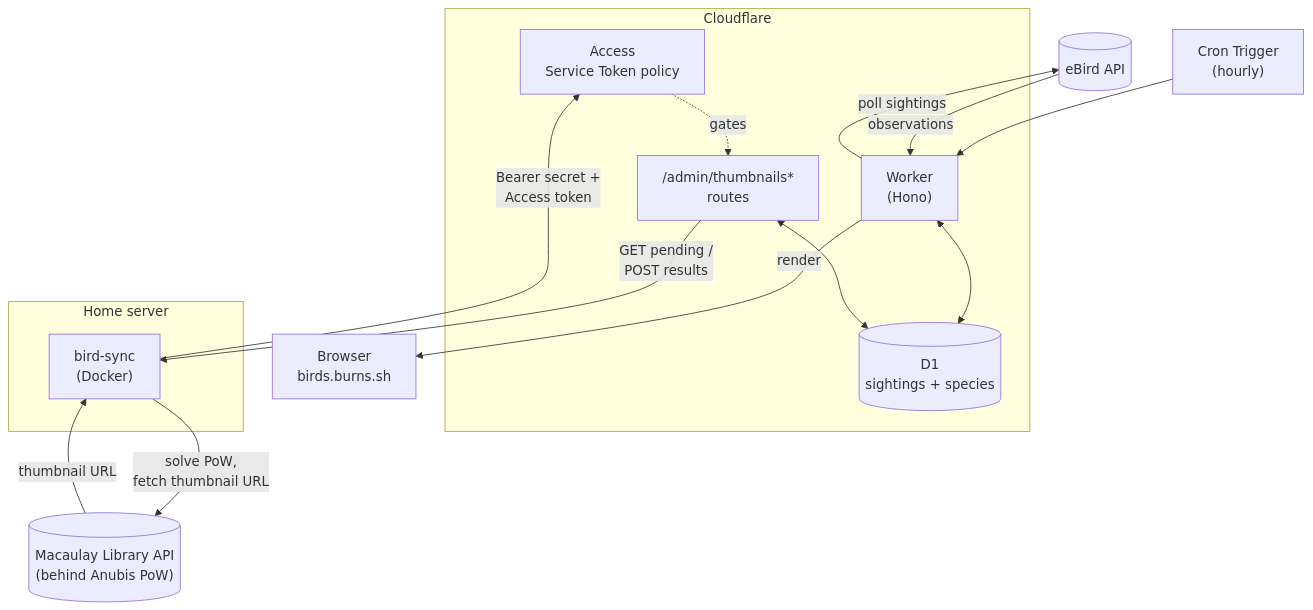
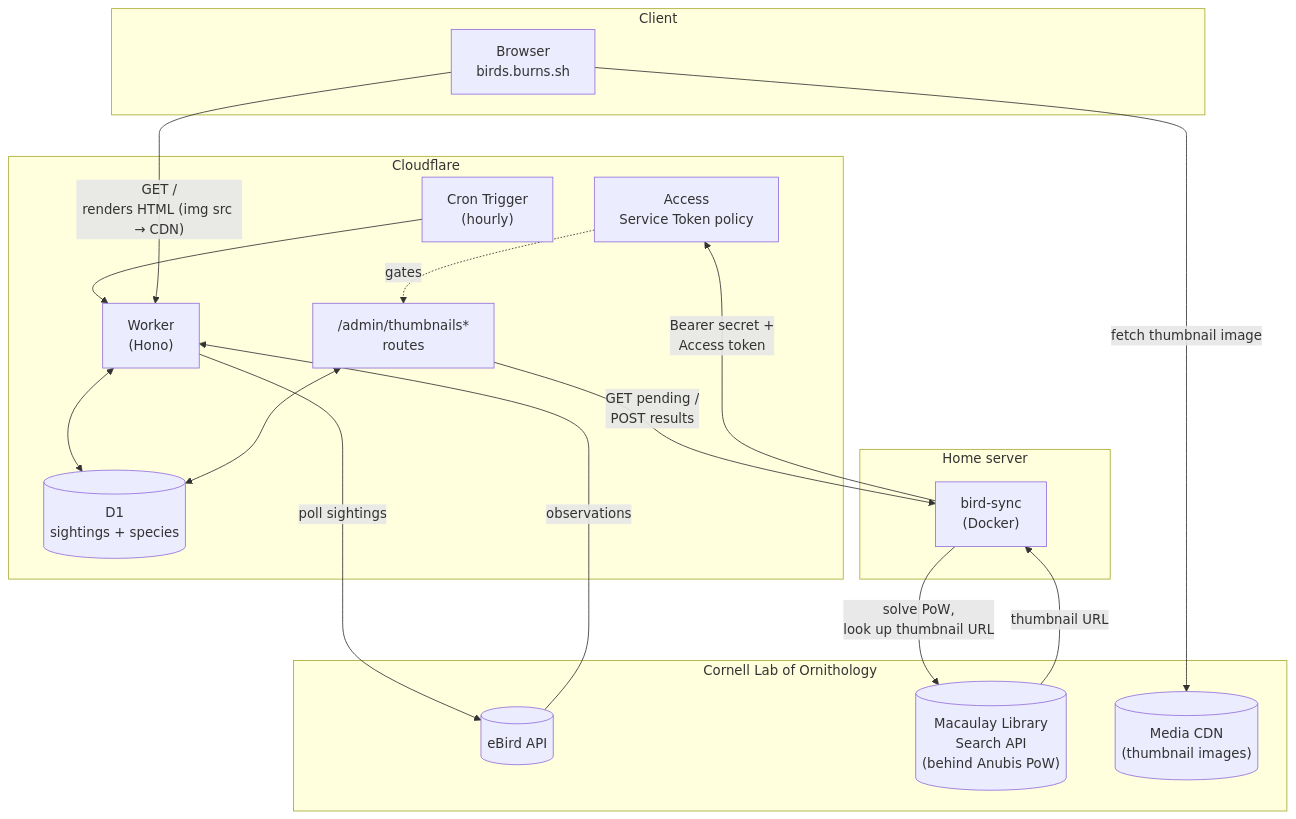
The diagram in README.md (bbbburns/local-birds), drawn with Mermaid before and after one commit. The commit also changed other lines of this file, not shown here.

Commit message:
docs: rework architecture diagram for layout and process clarity
Cleans up node overlap in the Mermaid diagram and splits the old single
Macaulay node into eBird/search/CDN under a Cornell Lab of Ornithology
group, making it explicit that the browser fetches thumbnail images
directly from Cornell's CDN rather than through the Worker or bird-sync.

Claude-Session: https://claude.ai/code/session_01RvqnoPdUWS19vSit48EekR

````diff
--- a/README.md
+++ b/README.md
@@ -27,32 +27,42 @@
 ```mermaid
 flowchart TB
-    ebird[("eBird API")]
-    cron["Cron Trigger<br/>(hourly)"]
-    browser["Browser<br/>birds.burns.sh"]
+    subgraph client["Client"]
+        browser["Browser<br/>birds.burns.sh"]
+    end
 
     subgraph cf["Cloudflare"]
+        cron["Cron Trigger<br/>(hourly)"]
         worker["Worker<br/>(Hono)"]
         d1[("D1<br/>sightings + species")]
         access["Access<br/>Service Token policy"]
         admin["/admin/thumbnails*<br/>routes"]
+        cron --> worker
         worker <--> d1
         access -.gates.-> admin
         admin <--> d1
     end
 
     subgraph home["Home server"]
         birdsync["bird-sync<br/>(Docker)"]
     end
 
-    macaulay[("Macaulay Library API<br/>(behind Anubis PoW)")]
+    subgraph cornell["Cornell Lab of Ornithology"]
+        ebird[("eBird API")]
+        search[("Macaulay Library<br/>Search API<br/>(behind Anubis PoW)")]
+        cdn[("Media CDN<br/>(thumbnail images)")]
+    end
 
-    cron --> worker
+    client ~~~ cf
+    cf ~~~ cornell
+
+    browser -- "GET /<br/>renders HTML (img src → CDN)" --> worker
+    browser -- "fetch thumbnail image" --> cdn
+
     worker -- poll sightings --> ebird
     ebird -- observations --> worker
-    worker -- render --> browser
 
-    birdsync -- "solve PoW,<br/>fetch thumbnail URL" --> macaulay
-    macaulay -- thumbnail URL --> birdsync
+    birdsync -- "solve PoW,<br/>look up thumbnail URL" --> search
+    search -- thumbnail URL --> birdsync
     birdsync -- "Bearer secret +<br/>Access token" --> access
     admin -- "GET pending /<br/>POST results" --> birdsync
 ```
````
